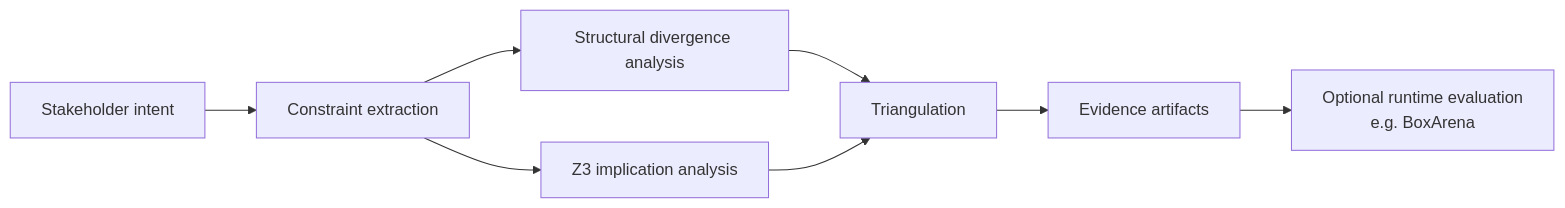
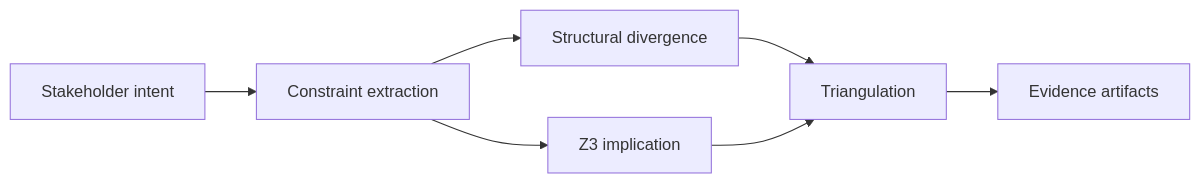
The diagram in README.md (repowazdogz-droid/specgap), drawn with Mermaid before and after one commit. The commit also changed other lines of this file and 5 other files, not shown here.

````diff
--- a/README.md
+++ b/README.md
@@ -24,10 +37,9 @@
 ```mermaid
 flowchart LR
   A[Stakeholder intent] --> B[Constraint extraction]
-  B --> C[Structural divergence analysis]
-  B --> D[Z3 implication analysis]
+  B --> C[Structural divergence]
+  B --> D[Z3 implication]
   C --> E[Triangulation]
   D --> E
   E --> F[Evidence artifacts]
-  F --> G[Optional runtime evaluation<br/>e.g. BoxArena]
 ```
````
